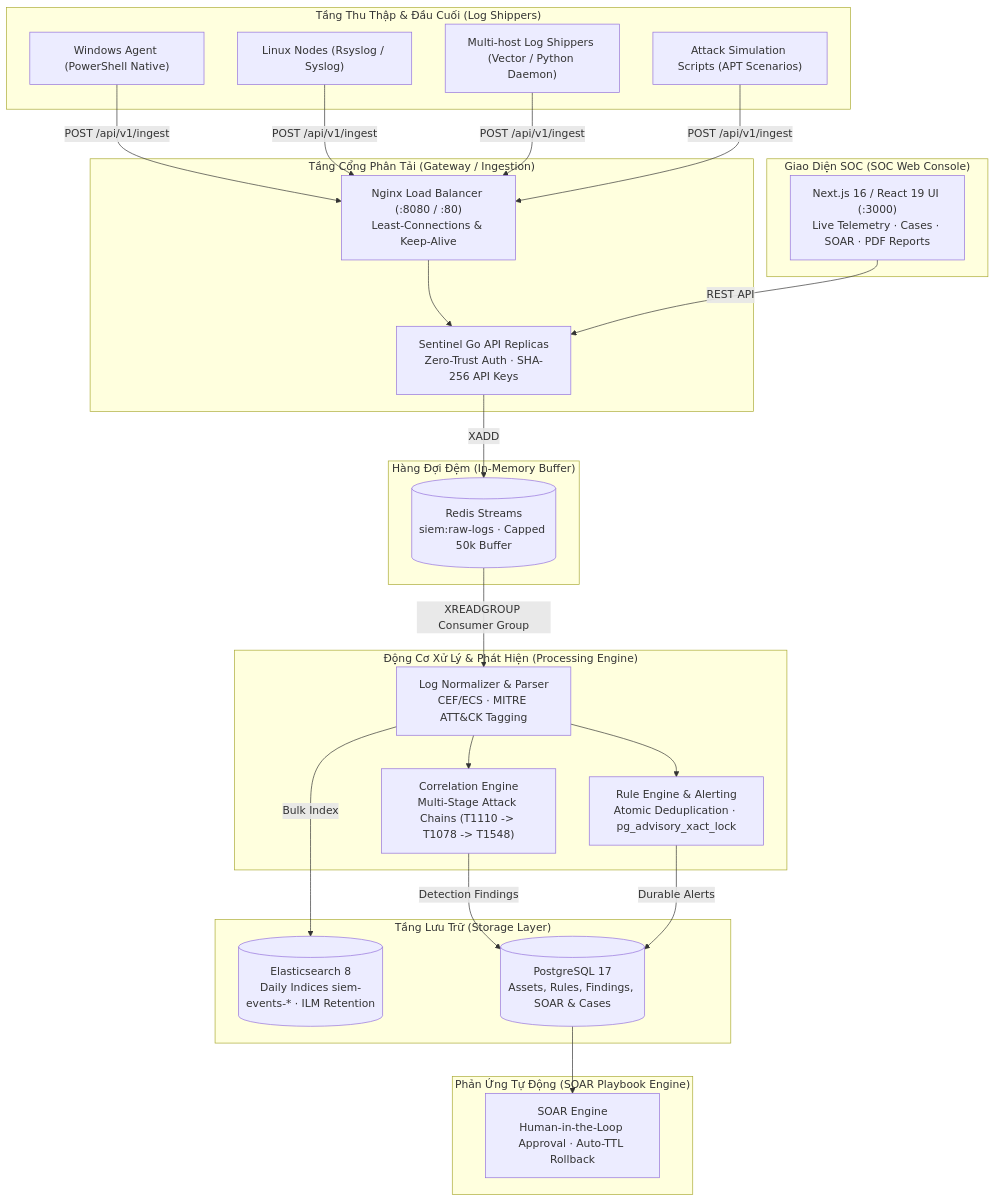
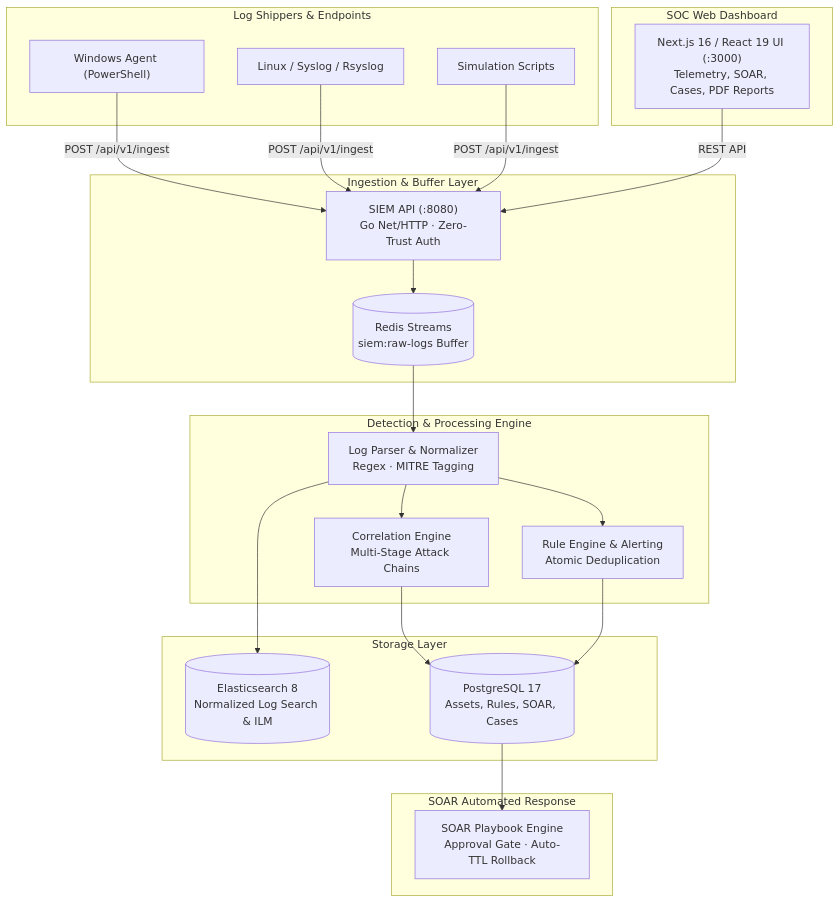
One commit to Loccao102/a-mini-SIEM-platform changed the diagram in README.md. Above: the diagram before and after it, drawn with Mermaid. The commit also changed other lines of this file and 3 other files, not shown here.

````diff
--- a/README.md
+++ b/README.md
@@ -9,53 +9,45 @@
 ```mermaid
 flowchart TD
-    subgraph Clients["Tầng Thu Thập & Đầu Cuối (Log Shippers)"]
-        A1["Windows Agent (PowerShell Native)"]
-        A2["Linux Nodes (Rsyslog / Syslog)"]
-        A3["Multi-host Log Shippers (Vector / Python Daemon)"]
-        A4["Attack Simulation Scripts (APT Scenarios)"]
+    subgraph Clients["Log Shippers & Endpoints"]
+        A1["Windows Agent (PowerShell)"]
+        A2["Linux / Syslog / Rsyslog"]
+        A3["Simulation Scripts"]
     end
 
-    subgraph EntryLayer["Tầng Cổng Phân Tải (Gateway / Ingestion)"]
-        LB["Nginx Load Balancer (:8080 / :80)<br/>Least-Connections & Keep-Alive"]
-        API["Sentinel Go API Replicas<br/>Zero-Trust Auth · SHA-256 API Keys"]
+    subgraph Ingestion["Ingestion & Buffer Layer"]
+        API["SIEM API (:8080)<br/>Go Net/HTTP · Zero-Trust Auth"]
+        RStream[("Redis Streams<br/>siem:raw-logs Buffer")]
     end
 
-    subgraph BufferLayer["Hàng Đợi Đệm (In-Memory Buffer)"]
-        RStream[("Redis Streams<br/>siem:raw-logs · Capped 50k Buffer")]
+    subgraph Processing["Detection & Processing Engine"]
+        Parser["Log Parser & Normalizer<br/>Regex · MITRE Tagging"]
+        Correl["Correlation Engine<br/>Multi-Stage Attack Chains"]
+        RuleEng["Rule Engine & Alerting<br/>Atomic Deduplication"]
     end
 
-    subgraph CoreEngine["Động Cơ Xử Lý & Phát Hiện (Processing Engine)"]
-        Parser["Log Normalizer & Parser<br/>CEF/ECS · MITRE ATT&CK Tagging"]
-        Correl["Correlation Engine<br/>Multi-Stage Attack Chains (T1110 -> T1078 -> T1548)"]
-        RuleEng["Rule Engine & Alerting<br/>Atomic Deduplication · pg_advisory_xact_lock"]
+    subgraph Storage["Storage Layer"]
+        ES[("Elasticsearch 8<br/>Normalized Log Search & ILM")]
+        PG[("PostgreSQL 17<br/>Assets, Rules, SOAR, Cases")]
     end
 
-    subgraph Storage["Tầng Lưu Trữ (Storage Layer)"]
-        ES[("Elasticsearch 8<br/>Daily Indices siem-events-* · ILM Retention")]
-        PG[("PostgreSQL 17<br/>Assets, Rules, Findings, SOAR & Cases")]
+    subgraph SOARLayer["SOAR Automated Response"]
+        SOAREng["SOAR Playbook Engine<br/>Approval Gate · Auto-TTL Rollback"]
     end
 
-    subgraph SOARLayer["Phản Ứng Tự Động (SOAR Playbook Engine)"]
-        SOAREng["SOAR Engine<br/>Human-in-the-Loop Approval · Auto-TTL Rollback"]
+    subgraph WebUI["SOC Web Dashboard"]
+        NextUI["Next.js 16 / React 19 UI (:3000)<br/>Telemetry, SOAR, Cases, PDF Reports"]
     end
 
-    subgraph WebUI["Giao Diện SOC (SOC Web Console)"]
-        NextUI["Next.js 16 / React 19 UI (:3000)<br/>Live Telemetry · Cases · SOAR · PDF Reports"]
-    end
-
-    A1 -->|POST /api/v1/ingest| LB
-    A2 -->|POST /api/v1/ingest| LB
-    A3 -->|POST /api/v1/ingest| LB
-    A4 -->|POST /api/v1/ingest| LB
-
-    LB --> API
-    API -->|XADD| RStream
-    RStream -->|XREADGROUP Consumer Group| Parser
-    Parser -->|Bulk Index| ES
+    A1 -->|POST /api/v1/ingest| API
+    A2 -->|POST /api/v1/ingest| API
+    A3 -->|POST /api/v1/ingest| API
+    API --> RStream
+    RStream --> Parser
+    Parser --> ES
     Parser --> Correl
     Parser --> RuleEng
-    Correl -->|Detection Findings| PG
-    RuleEng -->|Durable Alerts| PG
+    Correl --> PG
+    RuleEng --> PG
     PG --> SOAREng
     NextUI -->|REST API| API
 ```
````
